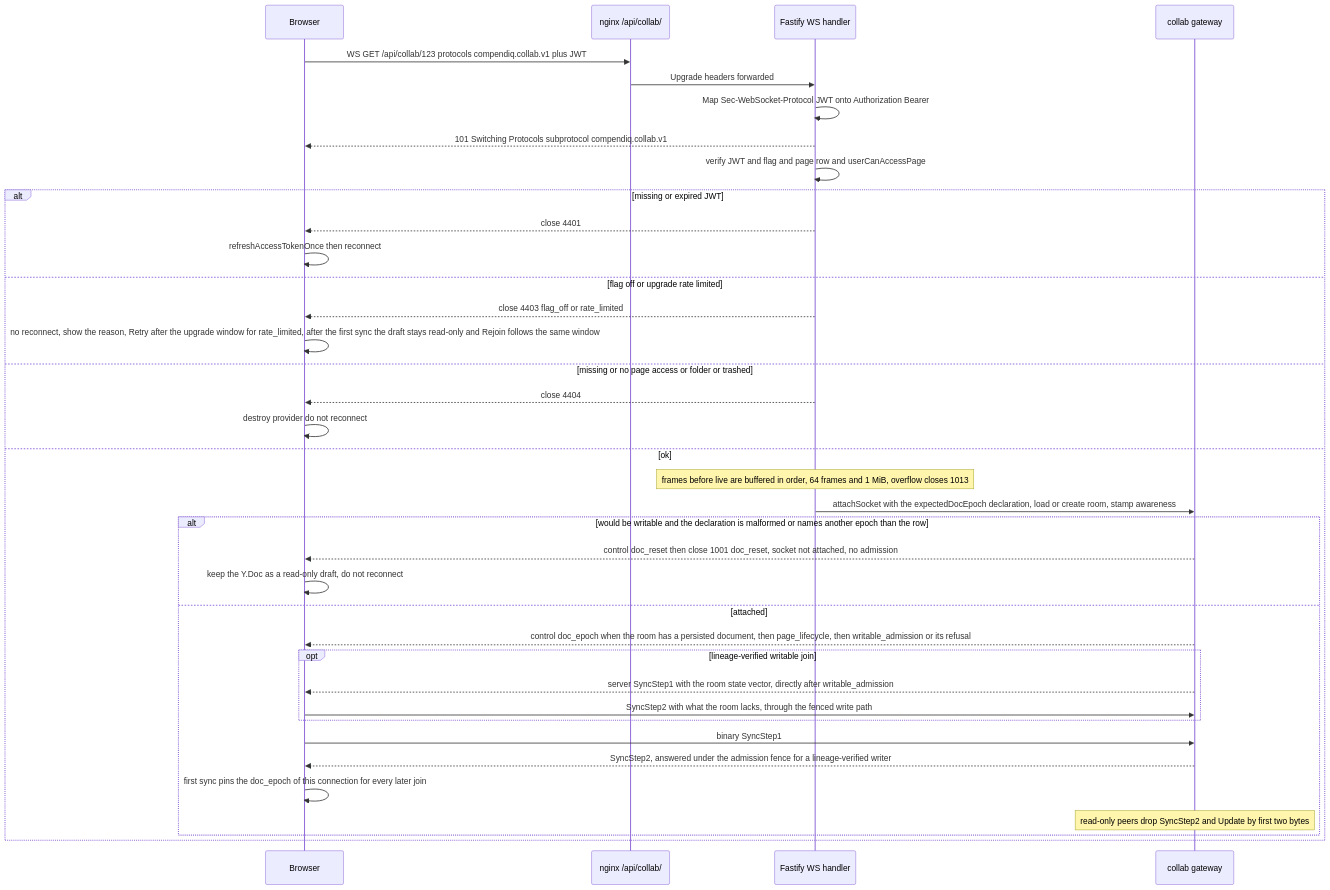
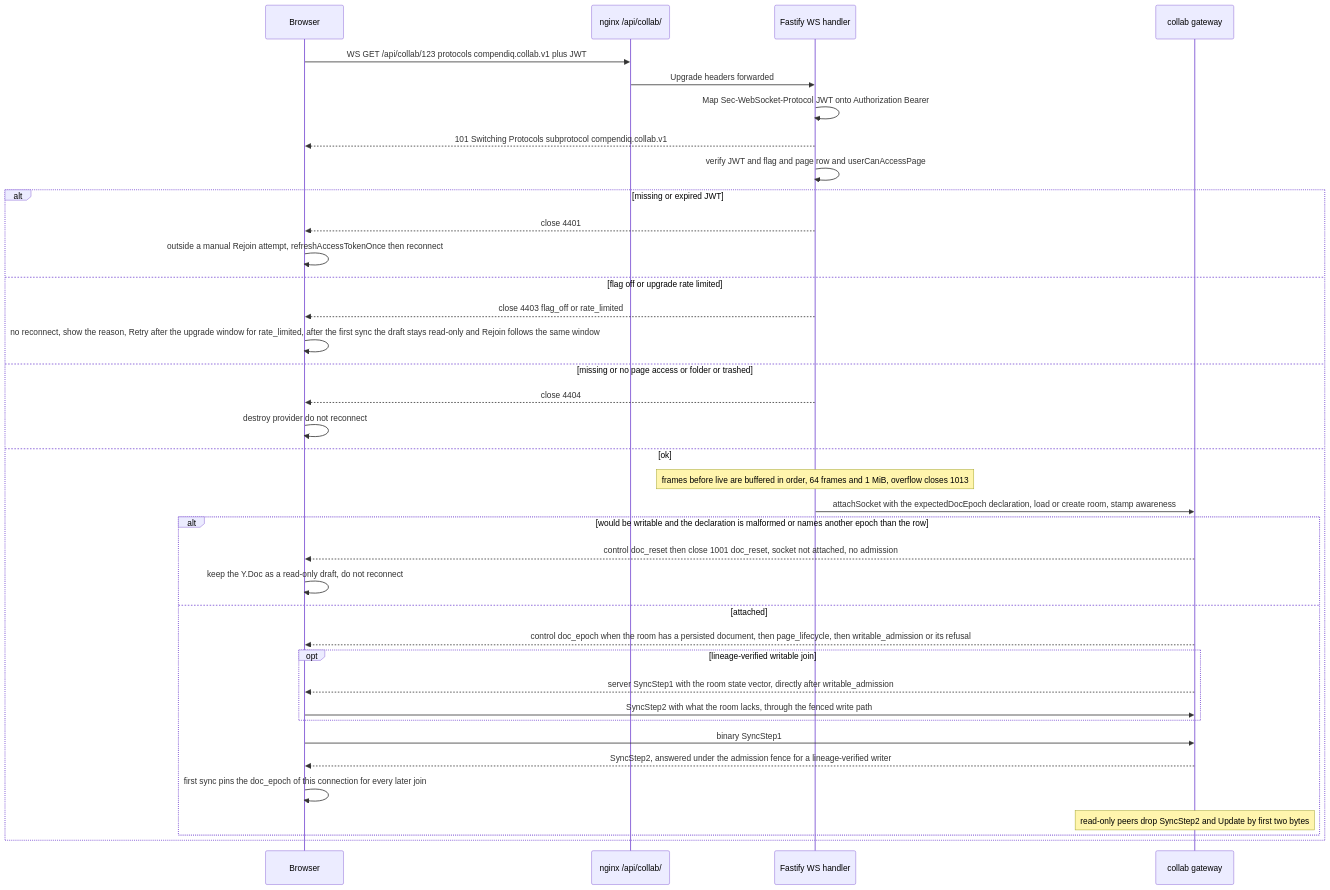
One commit to Compendiq/compendiq-ce changed the second of 4 diagrams in docs/architecture/12-realtime-collaboration.md. Above: the diagram before and after it, drawn with Mermaid. The commit also changed other lines of this file and 2 other files, not shown here.

First line of the commit message:
docs: state that a manual Rejoin attempt suspends refresh, reconnect and resync (#2036)

````diff
--- a/docs/architecture/12-realtime-collaboration.md
+++ b/docs/architecture/12-realtime-collaboration.md
@@ -90,40 +90,40 @@
 ```mermaid
 sequenceDiagram
     participant B as Browser
     participant N as nginx /api/collab/
     participant F as Fastify WS handler
     participant G as collab gateway
 
     B->>N: WS GET /api/collab/123 protocols compendiq.collab.v1 plus JWT
     N->>F: Upgrade headers forwarded
     F->>F: Map Sec-WebSocket-Protocol JWT onto Authorization Bearer
     F-->>B: 101 Switching Protocols subprotocol compendiq.collab.v1
     F->>F: verify JWT and flag and page row and userCanAccessPage
     alt missing or expired JWT
         F-->>B: close 4401
-        B->>B: refreshAccessTokenOnce then reconnect
+        B->>B: outside a manual Rejoin attempt, refreshAccessTokenOnce then reconnect
     else flag off or upgrade rate limited
         F-->>B: close 4403 flag_off or rate_limited
         B->>B: no reconnect, show the reason, Retry after the upgrade window for rate_limited, after the first sync the draft stays read-only and Rejoin follows the same window
     else missing or no page access or folder or trashed
         F-->>B: close 4404
         B->>B: destroy provider do not reconnect
     else ok
         Note over F: frames before live are buffered in order, 64 frames and 1 MiB, overflow closes 1013
         F->>G: attachSocket with the expectedDocEpoch declaration, load or create room, stamp awareness
         alt would be writable and the declaration is malformed or names another epoch than the row
             G-->>B: control doc_reset then close 1001 doc_reset, socket not attached, no admission
             B->>B: keep the Y.Doc as a read-only draft, do not reconnect
         else attached
             G-->>B: control doc_epoch when the room has a persisted document, then page_lifecycle, then writable_admission or its refusal
             opt lineage-verified writable join
                 G-->>B: server SyncStep1 with the room state vector, directly after writable_admission
                 B->>G: SyncStep2 with what the room lacks, through the fenced write path
             end
             B->>G: binary SyncStep1
             G-->>B: SyncStep2, answered under the admission fence for a lineage-verified writer
             B->>B: first sync pins the doc_epoch of this connection for every later join
             Note over G: read-only peers drop SyncStep2 and Update by first two bytes
         end
     end
 ```
````
